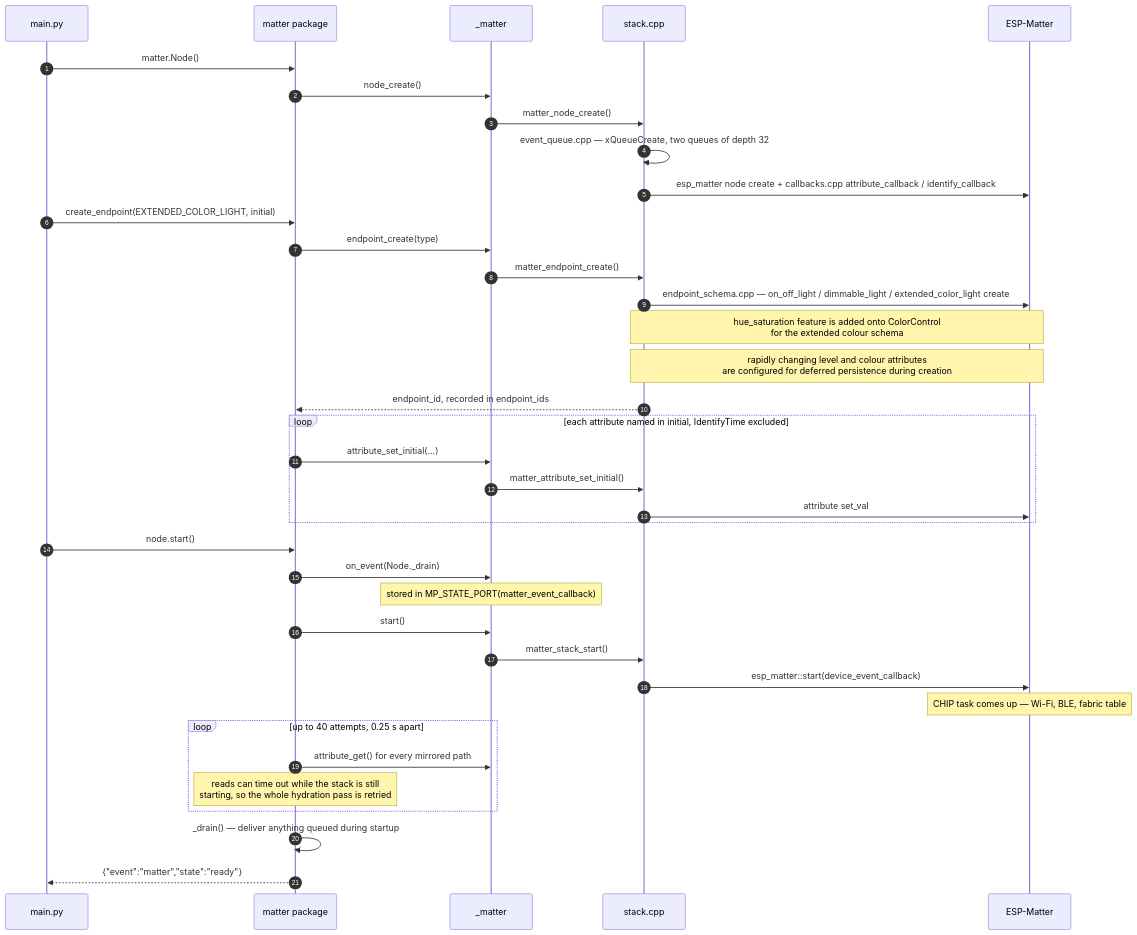
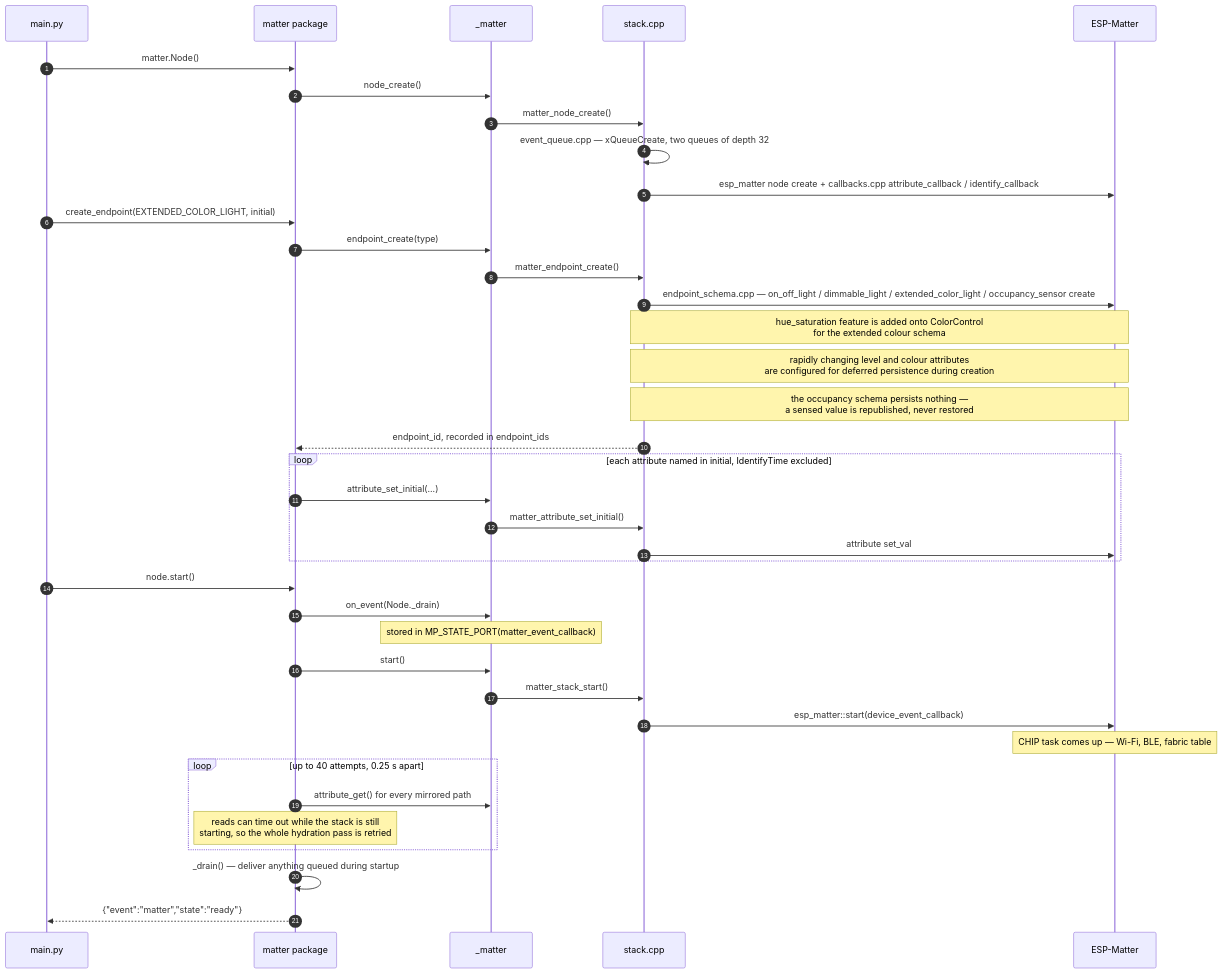
One commit to khlam/micropython-boardfarm changed the second of 5 diagrams in firmware-packages/matter/ARCHITECTURE.md. Above: the diagram before and after it, drawn with Mermaid. The commit also changed other lines of this file and 11 other files, not shown here.

````diff
--- a/firmware-packages/matter/ARCHITECTURE.md
+++ b/firmware-packages/matter/ARCHITECTURE.md
@@ -75,42 +75,43 @@
 ```mermaid
 sequenceDiagram
     autonumber
     participant app as main.py
     participant py as matter package
     participant mod as _matter
     participant st as stack.cpp
     participant esp as ESP-Matter
 
     app->>py: matter.Node()
     py->>mod: node_create()
     mod->>st: matter_node_create()
     st->>st: event_queue.cpp — xQueueCreate, two queues of depth 32
     st->>esp: esp_matter node create + callbacks.cpp attribute_callback / identify_callback
 
     app->>py: create_endpoint(EXTENDED_COLOR_LIGHT, initial)
     py->>mod: endpoint_create(type)
     mod->>st: matter_endpoint_create()
-    st->>esp: endpoint_schema.cpp — on_off_light / dimmable_light / extended_color_light create
+    st->>esp: endpoint_schema.cpp — on_off_light / dimmable_light / extended_color_light / occupancy_sensor create
     Note over st,esp: hue_saturation feature is added onto ColorControl<br/>for the extended colour schema
     Note over st,esp: rapidly changing level and colour attributes<br/>are configured for deferred persistence during creation
+    Note over st,esp: the occupancy schema persists nothing —<br/>a sensed value is republished, never restored
     st-->>py: endpoint_id, recorded in endpoint_ids
     loop each attribute named in initial, IdentifyTime excluded
         py->>mod: attribute_set_initial(...)
         mod->>st: matter_attribute_set_initial()
         st->>esp: attribute set_val
     end
 
     app->>py: node.start()
     py->>mod: on_event(Node._drain)
     Note over mod: stored in MP_STATE_PORT(matter_event_callback)
     py->>mod: start()
     mod->>st: matter_stack_start()
     st->>esp: esp_matter::start(device_event_callback)
     Note over esp: CHIP task comes up — Wi-Fi, BLE, fabric table
     loop up to 40 attempts, 0.25 s apart
         py->>mod: attribute_get() for every mirrored path
         Note over py: reads can time out while the stack is still<br/>starting, so the whole hydration pass is retried
     end
     py->>py: _drain() — deliver anything queued during startup
     py-->>app: {"event":"matter","state":"ready"}
 ```
````
